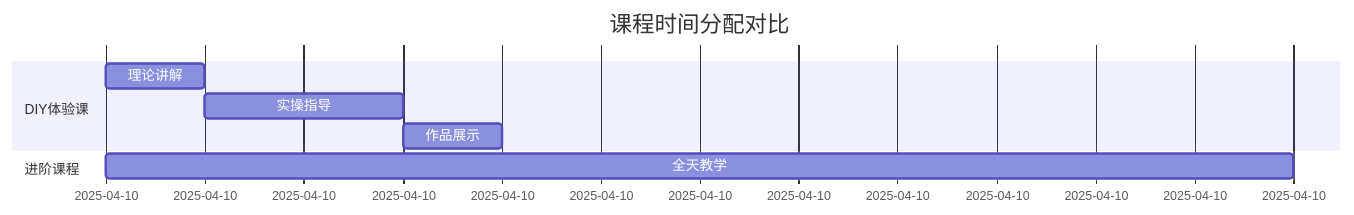
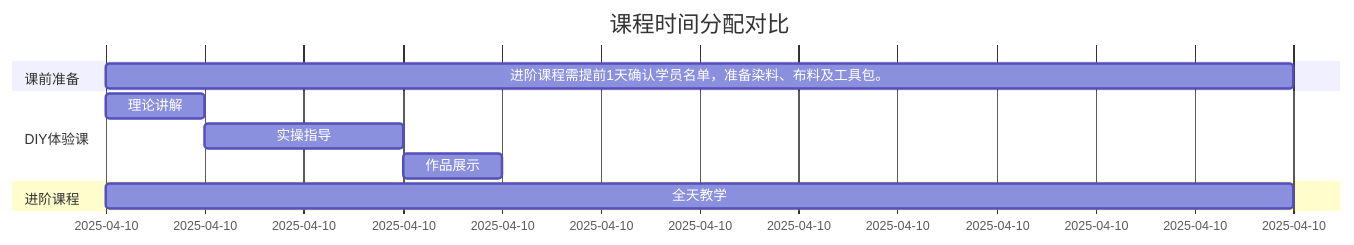
Before and after one commit to NaturalRice/git-demo: the second of 8 diagrams in README.md, drawn with Mermaid.

````diff
--- a/README.md
+++ b/README.md
@@ -12,11 +12,13 @@
 ```mermaid
 gantt
     title 课程时间分配对比
     dateFormat  HH:mm
+    section 课前准备
+    进阶课程需提前1天确认学员名单，准备染料、布料及工具包。:b1, 00:00, 360m
     section DIY体验课
     理论讲解       :a1, 00:00, 30m
     实操指导       :a2, after a1, 60m
     作品展示       :a3, after a2, 30m
     section 进阶课程
     全天教学       :b1, 00:00, 360m
 ```
````
